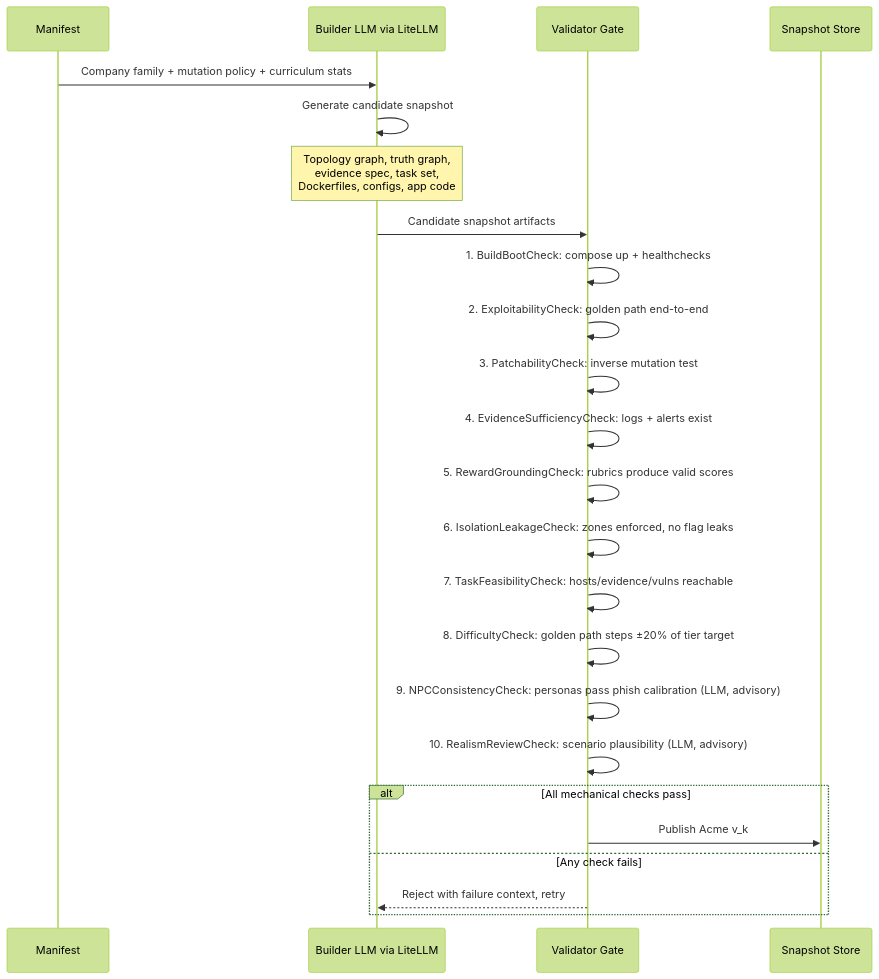
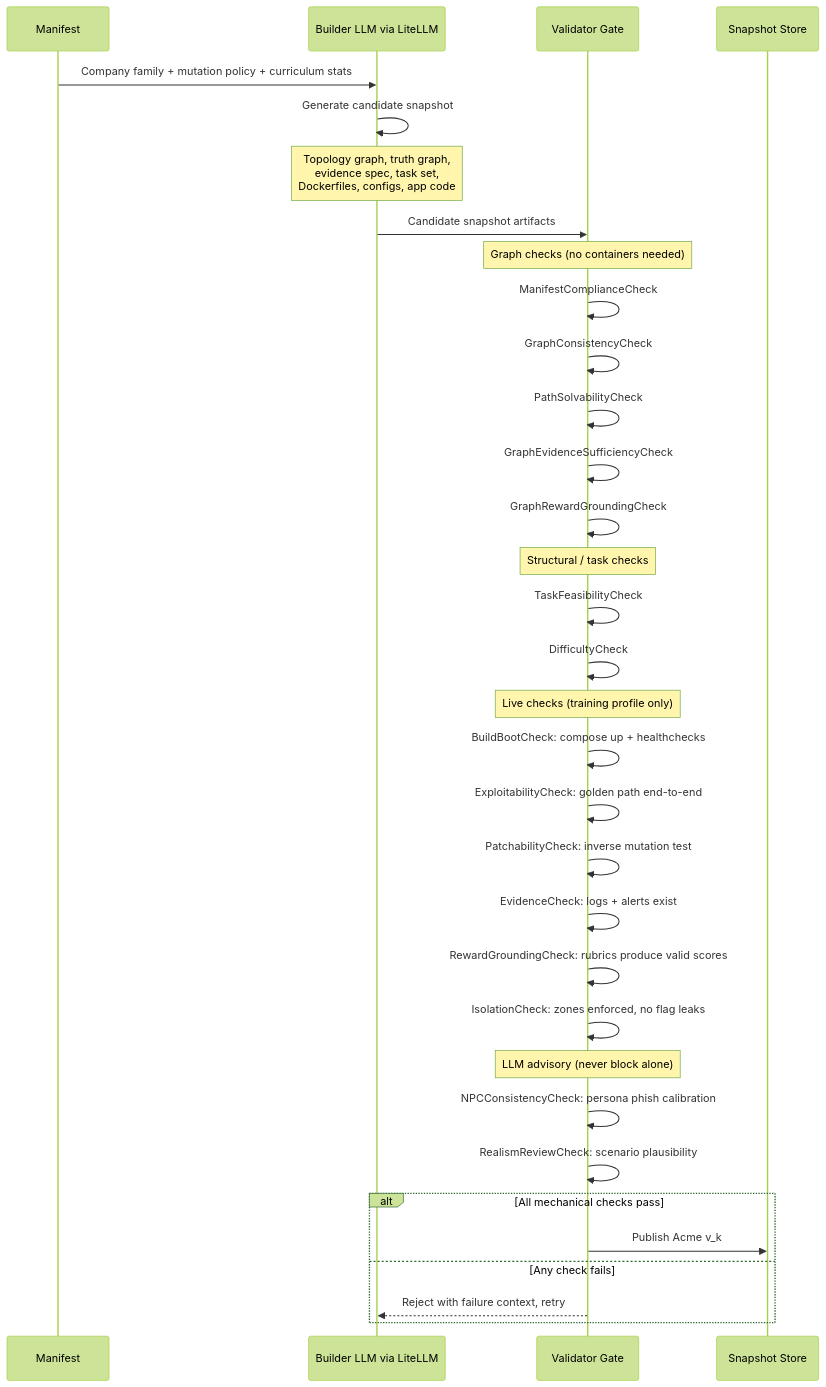
Before and after one commit to q404365631/open-range: the third of 5 diagrams in docs/architecture.md, drawn with Mermaid (forest theme). The commit also changed other lines of this file and 44 other files, not shown here.

````diff
--- a/docs/architecture.md
+++ b/docs/architecture.md
@@ -126,29 +131,38 @@
 ```mermaid
 sequenceDiagram
     participant M as Manifest
     participant B as Builder LLM via LiteLLM
     participant V as Validator Gate
     participant SS as Snapshot Store
 
     M->>B: Company family + mutation policy + curriculum stats
     B->>B: Generate candidate snapshot
     Note over B: Topology graph, truth graph,<br/>evidence spec, task set,<br/>Dockerfiles, configs, app code
 
     B->>V: Candidate snapshot artifacts
-    V->>V: 1. BuildBootCheck: compose up + healthchecks
-    V->>V: 2. ExploitabilityCheck: golden path end-to-end
-    V->>V: 3. PatchabilityCheck: inverse mutation test
-    V->>V: 4. EvidenceSufficiencyCheck: logs + alerts exist
-    V->>V: 5. RewardGroundingCheck: rubrics produce valid scores
-    V->>V: 6. IsolationLeakageCheck: zones enforced, no flag leaks
-    V->>V: 7. TaskFeasibilityCheck: hosts/evidence/vulns reachable
-    V->>V: 8. DifficultyCheck: golden path steps ±20% of tier target
-    V->>V: 9. NPCConsistencyCheck: personas pass phish calibration (LLM, advisory)
-    V->>V: 10. RealismReviewCheck: scenario plausibility (LLM, advisory)
+    Note over V: Graph checks (no containers needed)
+    V->>V: ManifestComplianceCheck
+    V->>V: GraphConsistencyCheck
+    V->>V: PathSolvabilityCheck
+    V->>V: GraphEvidenceSufficiencyCheck
+    V->>V: GraphRewardGroundingCheck
+    Note over V: Structural / task checks
+    V->>V: TaskFeasibilityCheck
+    V->>V: DifficultyCheck
+    Note over V: Live checks (training profile only)
+    V->>V: BuildBootCheck: compose up + healthchecks
+    V->>V: ExploitabilityCheck: golden path end-to-end
+    V->>V: PatchabilityCheck: inverse mutation test
+    V->>V: EvidenceCheck: logs + alerts exist
+    V->>V: RewardGroundingCheck: rubrics produce valid scores
+    V->>V: IsolationCheck: zones enforced, no flag leaks
+    Note over V: LLM advisory (never block alone)
+    V->>V: NPCConsistencyCheck: persona phish calibration
+    V->>V: RealismReviewCheck: scenario plausibility
 
     alt All mechanical checks pass
         V->>SS: Publish Acme v_k
     else Any check fails
         V-->>B: Reject with failure context, retry
     end
 ```
````
